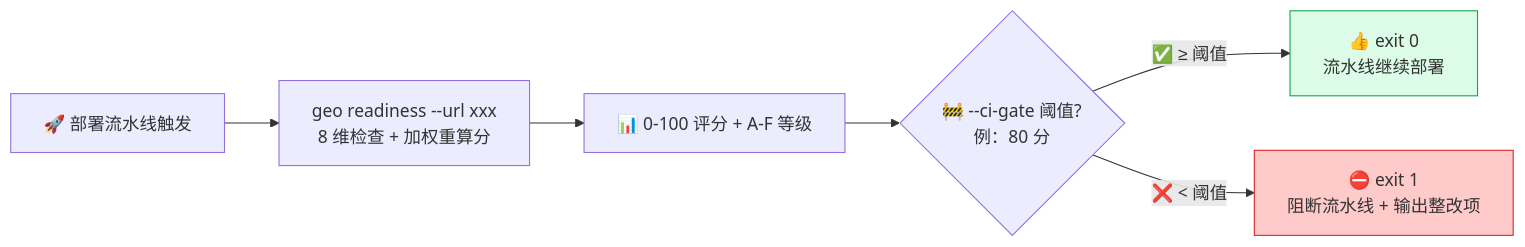
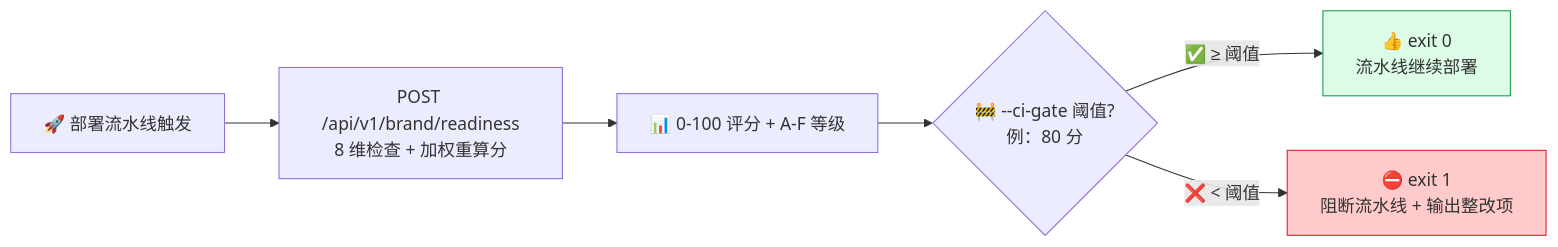
Before and after one commit to deep2code/geo: diagram 25 of 29 in docs/getting-started.md, drawn with Mermaid. The commit also changed other lines of this file and 48 other files, not shown here.

````diff
--- a/docs/getting-started.md
+++ b/docs/getting-started.md
@@ -818,11 +792,11 @@
 ```mermaid
 flowchart LR
-    DEPLOY["🚀 部署流水线触发"] --> CHECK["geo readiness --url xxx<br/>8 维检查 + 加权重算分"]
+    DEPLOY["🚀 部署流水线触发"] --> CHECK["POST /api/v1/brand/readiness<br/>8 维检查 + 加权重算分"]
     CHECK --> SCORE["📊 0-100 评分 + A-F 等级"]
     SCORE --> GATE{"🚧 --ci-gate 阈值?<br/>例：80 分"}
     GATE -->|"✅ ≥ 阈值"| PASS["👍 exit 0<br/>流水线继续部署"]
     GATE -->|"❌ < 阈值"| FAIL["⛔ exit 1<br/>阻断流水线 + 输出整改项"]
 
     style PASS fill:#dcfce7,stroke:#16a34a
     style FAIL fill:#fecaca,stroke:#dc2626
 ```
````
